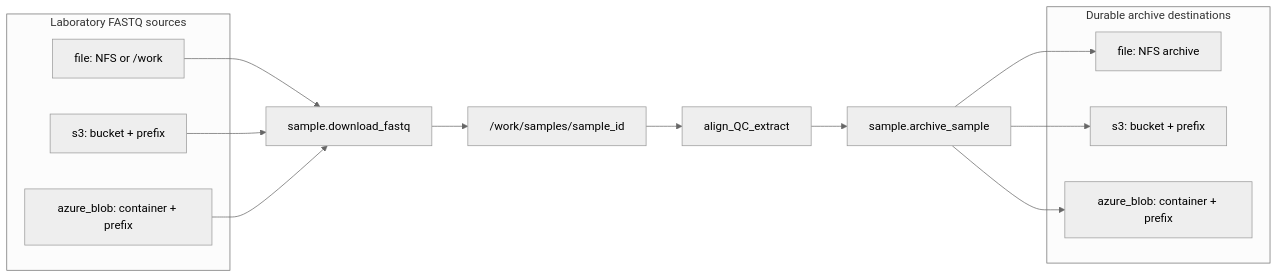
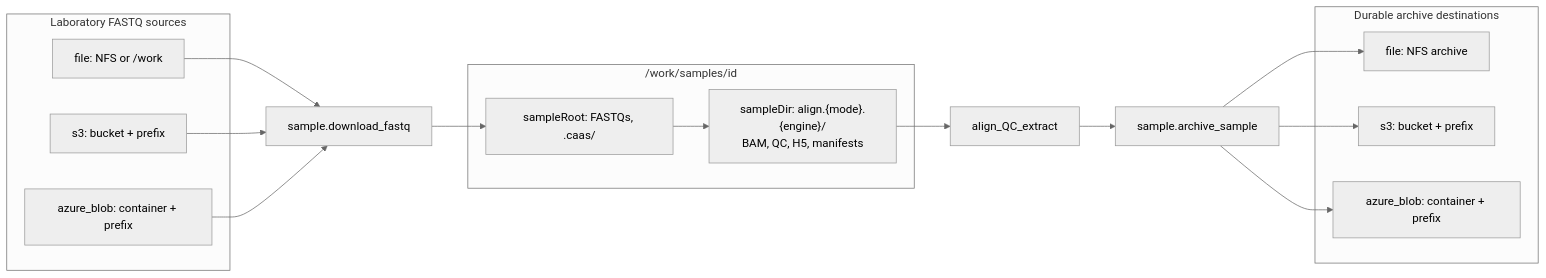
Before and after one commit to Goliath-Research/GoliathWorkflow: the first of 3 diagrams in docs/implementation/sample-preparation-flow.md, drawn with Mermaid (neutral theme). The commit also changed other lines of this file and 19 other files, not shown here.

First line of the commit message:
Update documentation and implementation details for SamplePrep and extraction processes

````diff
--- a/docs/implementation/sample-preparation-flow.md
+++ b/docs/implementation/sample-preparation-flow.md
@@ -50,26 +50,30 @@
 ```mermaid
 flowchart LR
   subgraph sources [Laboratory FASTQ sources]
     fileSrc["file: NFS or /work"]
     s3Src["s3: bucket + prefix"]
     azSrc["azure_blob: container + prefix"]
   end
   dl[sample.download_fastq]
-  work["/work/samples/sample_id"]
+  subgraph workTree ["/work/samples/id"]
+    root["sampleRoot: FASTQs, .caas/"]
+    arm["sampleDir: align.{mode}.{engine}/\nBAM, QC, H5, manifests"]
+  end
   prep[align_QC_extract]
   arch[sample.archive_sample]
   subgraph destinations [Durable archive destinations]
     fileDst["file: NFS archive"]
     s3Dst["s3: bucket + prefix"]
     azDst["azure_blob: container + prefix"]
   end
   fileSrc --> dl
   s3Src --> dl
   azSrc --> dl
-  dl --> work
-  work --> prep
+  dl --> root
+  root --> arm
+  arm --> prep
   prep --> arch
   arch --> fileDst
   arch --> s3Dst
   arch --> azDst
 ```
````
